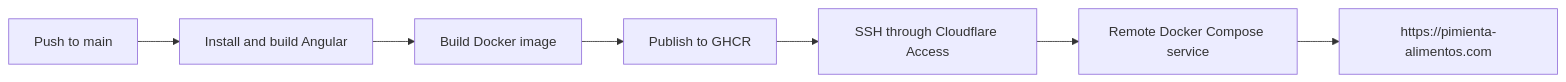
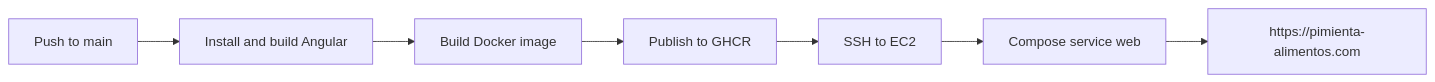
The diagram in docs/project/pimienta-web/infrastructure.md (alexistrejo11/pimienta-alimentos), drawn with Mermaid before and after one commit. The commit also changed other lines of this file and 20 other files, not shown here.

````diff
--- a/docs/project/pimienta-web/infrastructure.md
+++ b/docs/project/pimienta-web/infrastructure.md
@@ -7,9 +7,9 @@
 ```mermaid
 flowchart LR
   Commit[Push to main] --> Build[Install and build Angular]
   Build --> Image[Build Docker image]
   Image --> Ghcr[Publish to GHCR]
-  Ghcr --> Access[SSH through Cloudflare Access]
-  Access --> Server[Remote Docker Compose service]
+  Ghcr --> Ssh[SSH to EC2]
+  Ssh --> Server[Compose service web]
   Server --> Site[https://pimienta-alimentos.com]
 ```
````
